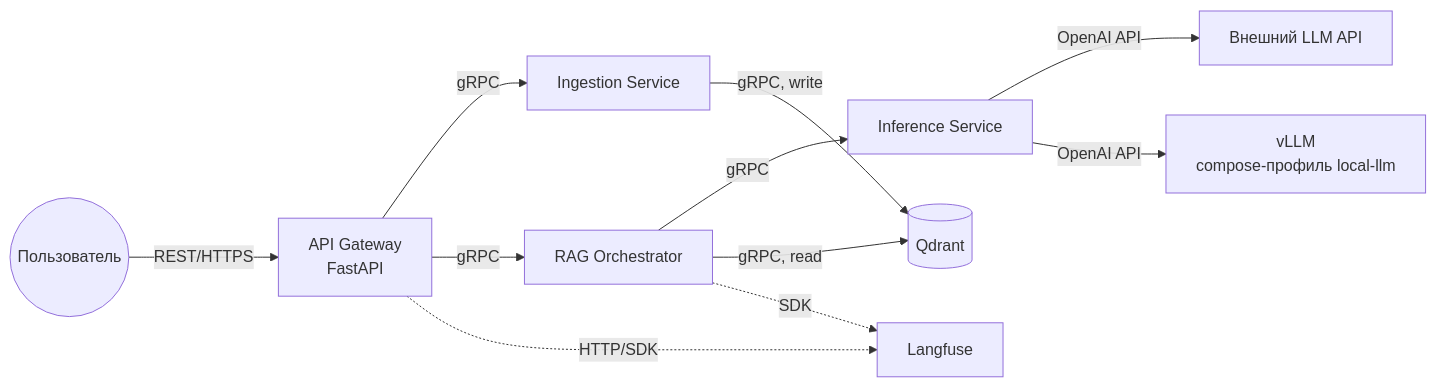
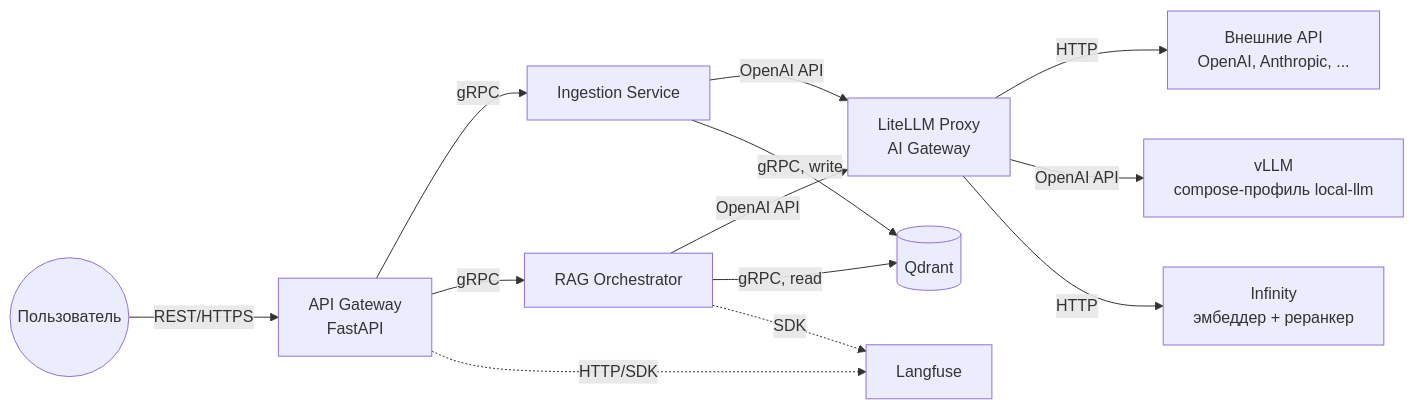
The diagram in docs/design_and_plan.md (maxima1ist/ragvalod), drawn with Mermaid before and after one commit. The commit also changed other lines of this file and 1 other file, not shown here.

Commit message:
Replace inference service with LiteLLM

````diff
--- a/docs/design_and_plan.md
+++ b/docs/design_and_plan.md
@@ -52,13 +52,15 @@
 ```mermaid
 flowchart LR
     User((Пользователь)) -- REST/HTTPS --> GW[API Gateway<br/>FastAPI]
     GW -- gRPC --> ING[Ingestion Service]
     GW -- gRPC --> RAG[RAG Orchestrator]
-    RAG -- gRPC --> INF[Inference Service]
-    INF -- OpenAI API --> EXT[Внешний LLM API]
-    INF -- OpenAI API --> VLLM[vLLM<br/>compose-профиль local-llm]
+    ING -- OpenAI API --> LLM[LiteLLM Proxy<br/>AI Gateway]
+    RAG -- OpenAI API --> LLM
+    LLM -- HTTP --> EXT[Внешние API<br/>OpenAI, Anthropic, ...]
+    LLM -- OpenAI API --> VLLM[vLLM<br/>compose-профиль local-llm]
+    LLM -- HTTP --> INFY[Infinity<br/>эмбеддер + реранкер]
     ING -- gRPC, write --> QD[(Qdrant)]
     RAG -- gRPC, read --> QD
     GW -. HTTP/SDK .-> LF[Langfuse]
     RAG -. SDK .-> LF
 ```
````
